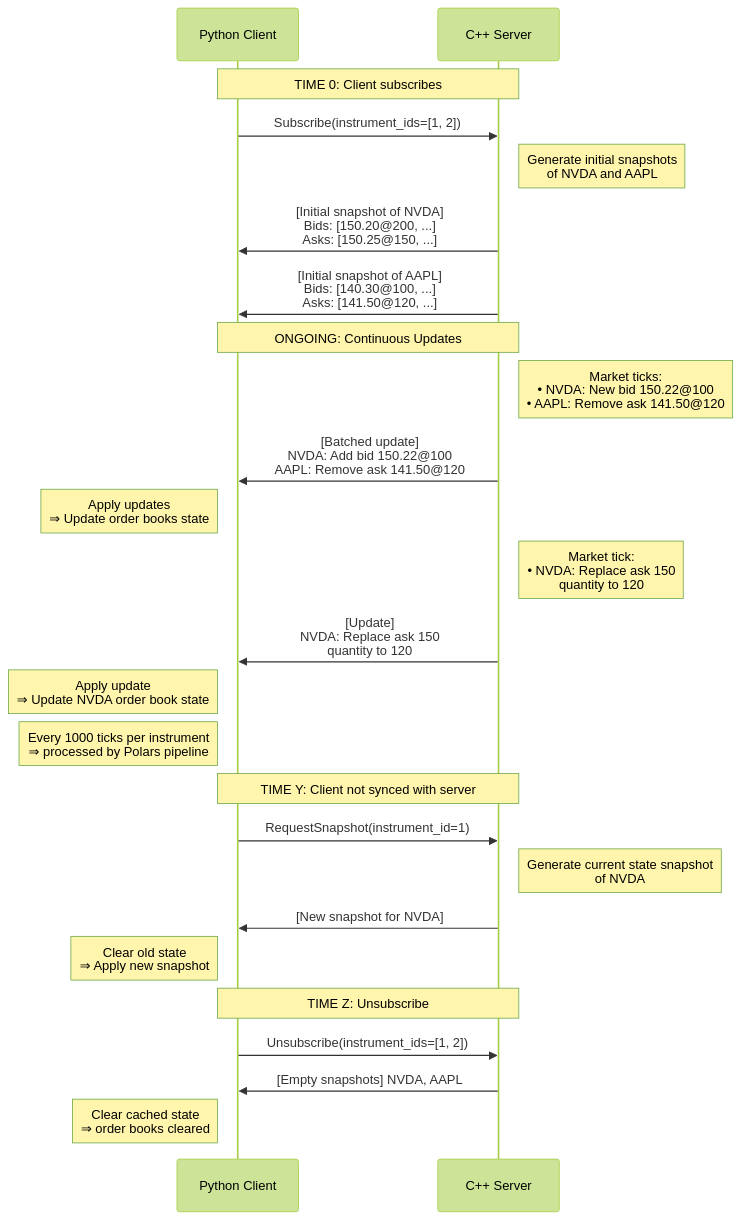
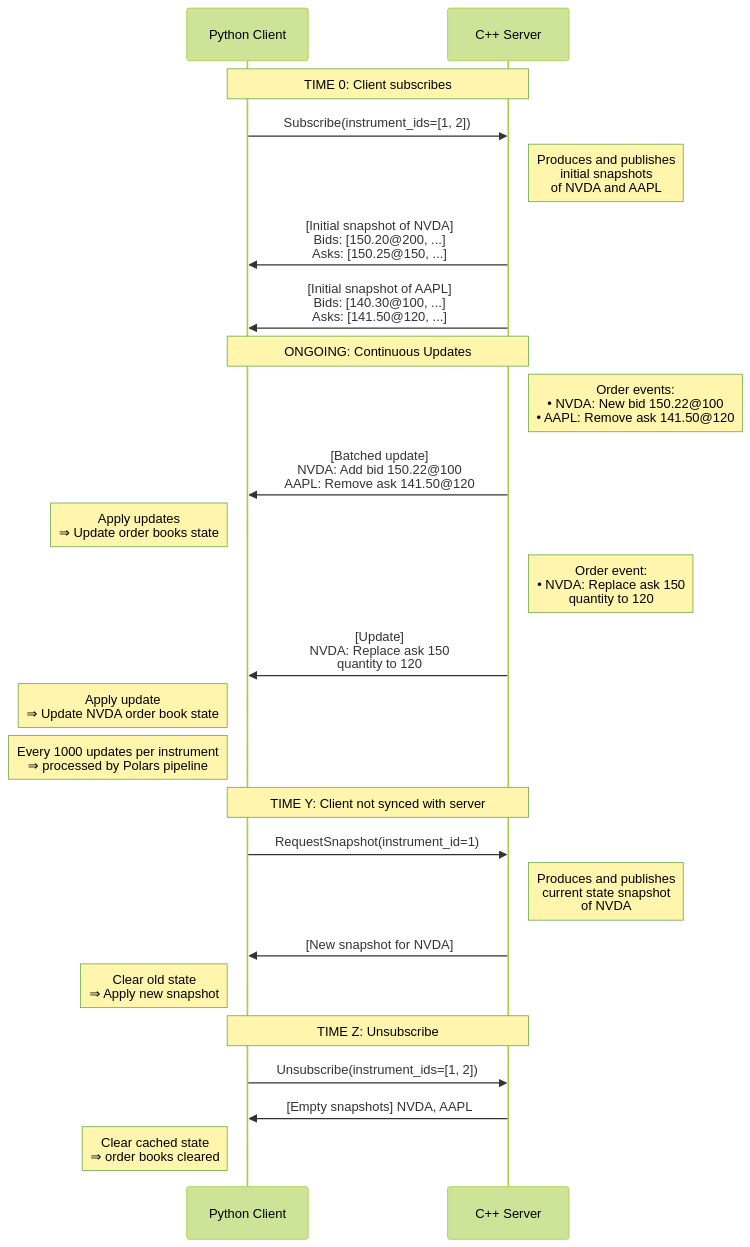
One commit to sephorah/market-data-pipeline changed the second of 2 diagrams in README.md. Above: the diagram before and after it, drawn with Mermaid (forest theme). The commit also changed other lines of this file and 1 other file, not shown here.

````diff
--- a/README.md
+++ b/README.md
@@ -83,37 +85,37 @@
 ```mermaid
 sequenceDiagram
     participant python_client as Python Client
     participant cpp_server as C++ Server
     
     Note over python_client,cpp_server: TIME 0: Client subscribes
     
     python_client->>cpp_server: Subscribe(instrument_ids=[1, 2])
-    Note right of cpp_server: Generate initial snapshots<br/>of NVDA and AAPL
+    Note right of cpp_server: Produces and publishes<br/>initial snapshots<br/>of NVDA and AAPL
     cpp_server->>python_client: [Initial snapshot of NVDA]<br/>Bids: [150.20@200, ...]<br/>Asks: [150.25@150, ...]
     cpp_server->>python_client: [Initial snapshot of AAPL]<br/>Bids: [140.30@100, ...]<br/>Asks: [141.50@120, ...]
 
     Note over python_client,cpp_server: ONGOING: Continuous Updates
     
-    Note right of cpp_server: Market ticks:<br/>• NVDA: New bid 150.22@100<br/>• AAPL: Remove ask 141.50@120
+    Note right of cpp_server: Order events:<br/>• NVDA: New bid 150.22@100<br/>• AAPL: Remove ask 141.50@120
     cpp_server->>python_client: [Batched update]<br/>NVDA: Add bid 150.22@100<br/>AAPL: Remove ask 141.50@120
     Note left of python_client: Apply updates<br/>⇒ Update order books state
     
-    Note right of cpp_server: Market tick:<br/>• NVDA: Replace ask 150<br/>quantity to 120
+    Note right of cpp_server: Order event:<br/>• NVDA: Replace ask 150<br/>quantity to 120
     cpp_server->>python_client: [Update] <br/>NVDA: Replace ask 150<br/>quantity to 120
     Note left of python_client: Apply update<br/>⇒ Update NVDA order book state
     
-    Note left of python_client: Every 1000 ticks per instrument<br/>⇒ processed by Polars pipeline
+    Note left of python_client: Every 1000 updates per instrument<br/>⇒ processed by Polars pipeline
     
     Note over python_client,cpp_server: TIME Y: Client not synced with server
     
     python_client->>cpp_server: RequestSnapshot(instrument_id=1)
-    Note right of cpp_server: Generate current state snapshot<br/>of NVDA
+    Note right of cpp_server: Produces and publishes<br/>current state snapshot<br/>of NVDA
     cpp_server->>python_client: [New snapshot for NVDA]
     Note left of python_client: Clear old state<br/>⇒ Apply new snapshot
     
     Note over python_client,cpp_server: TIME Z: Unsubscribe
     
     python_client->>cpp_server: Unsubscribe(instrument_ids=[1, 2])
     cpp_server->>python_client: [Empty snapshots] NVDA, AAPL
     Note left of python_client: Clear cached state<br/>⇒ order books cleared
 ```
````
